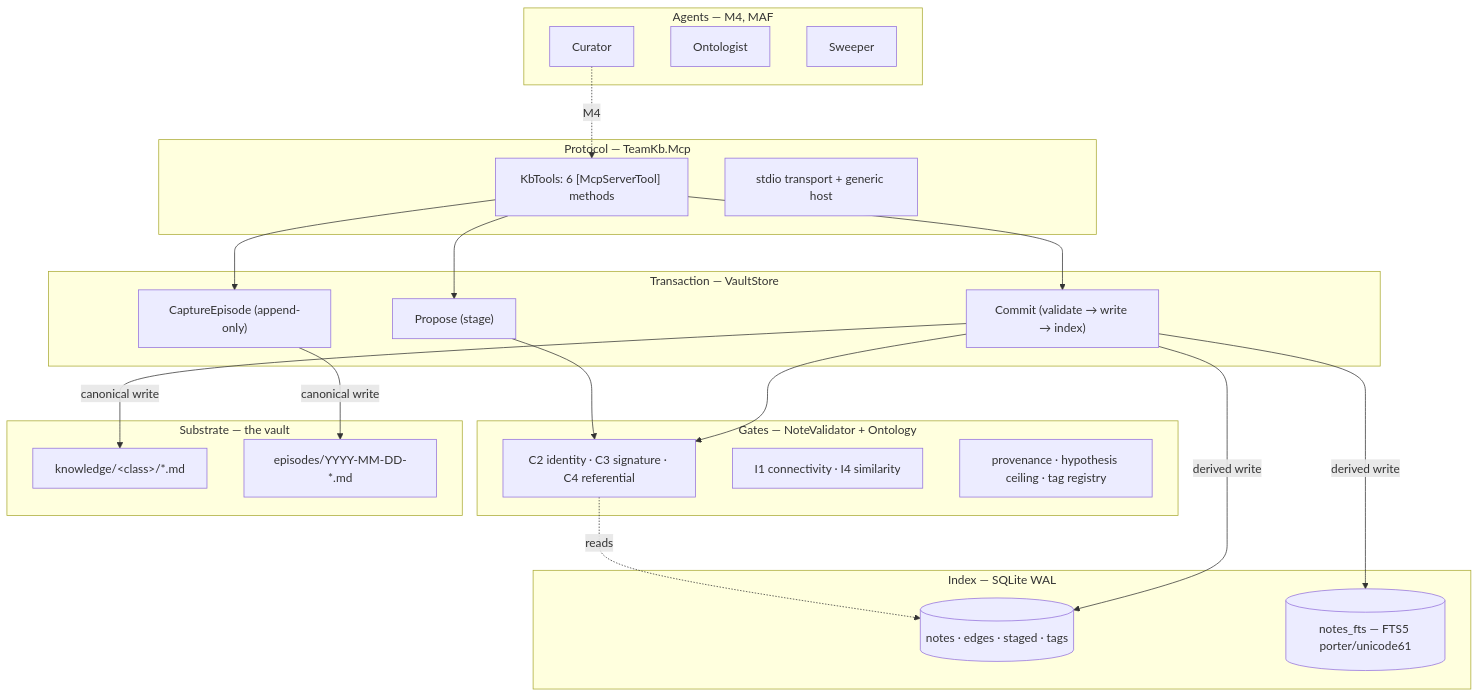
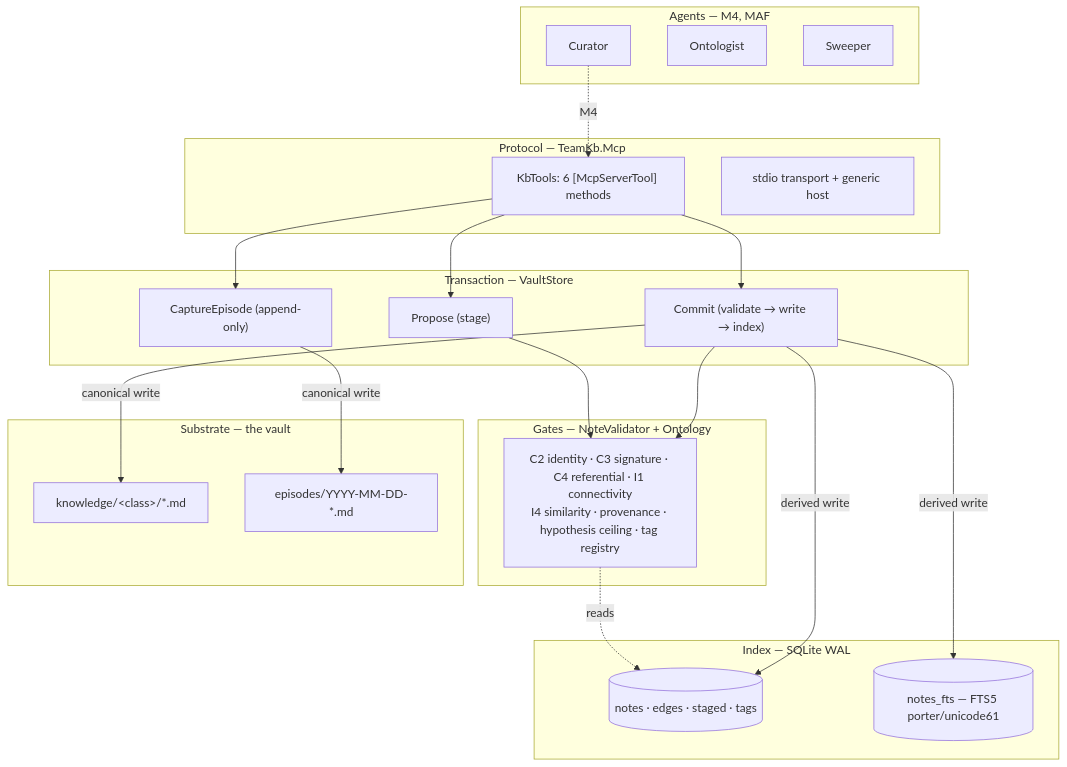
Before and after one commit to zautke/team-kb: the first of 4 diagrams in docs/whitepapers/05-csharp-maf-mcp-architecture.md, drawn with Mermaid. The commit also changed other lines of this file and 2 other files, not shown here.

````diff
--- a/docs/whitepapers/05-csharp-maf-mcp-architecture.md
+++ b/docs/whitepapers/05-csharp-maf-mcp-architecture.md
@@ -114,39 +117,37 @@
 ```mermaid
 flowchart TB
     subgraph L6["Agents — M4, MAF"]
         A1[Curator]
         A2[Ontologist]
         A3[Sweeper]
     end
     subgraph L5["Protocol — TeamKb.Mcp"]
         P1["KbTools: 6 [McpServerTool] methods"]
         P2["stdio transport + generic host"]
     end
     subgraph L4["Transaction — VaultStore"]
         T1["Propose (stage)"]
         T2["Commit (validate → write → index)"]
         T3["CaptureEpisode (append-only)"]
     end
     subgraph L3["Gates — NoteValidator + Ontology"]
-        G1["C2 identity · C3 signature · C4 referential"]
-        G2["I1 connectivity · I4 similarity"]
-        G3["provenance · hypothesis ceiling · tag registry"]
+        G1["C2 identity · C3 signature · C4 referential · I1 connectivity<br/>I4 similarity · provenance · hypothesis ceiling · tag registry"]
     end
     subgraph L2["Index — SQLite WAL"]
         I1[("notes · edges · staged · tags")]
         I2[("notes_fts — FTS5 porter/unicode61")]
     end
     subgraph L1["Substrate — the vault"]
         S1["knowledge/&lt;class&gt;/*.md"]
         S2["episodes/YYYY-MM-DD-*.md"]
     end
     A1 -.->|M4| P1
     P1 --> T1 & T2 & T3
     T1 --> G1
     T2 --> G1
     G1 -.reads.-> I1
     T2 -->|canonical write| S1
     T3 -->|canonical write| S2
     T2 -->|derived write| I1
     T2 -->|derived write| I2
 ```
````
